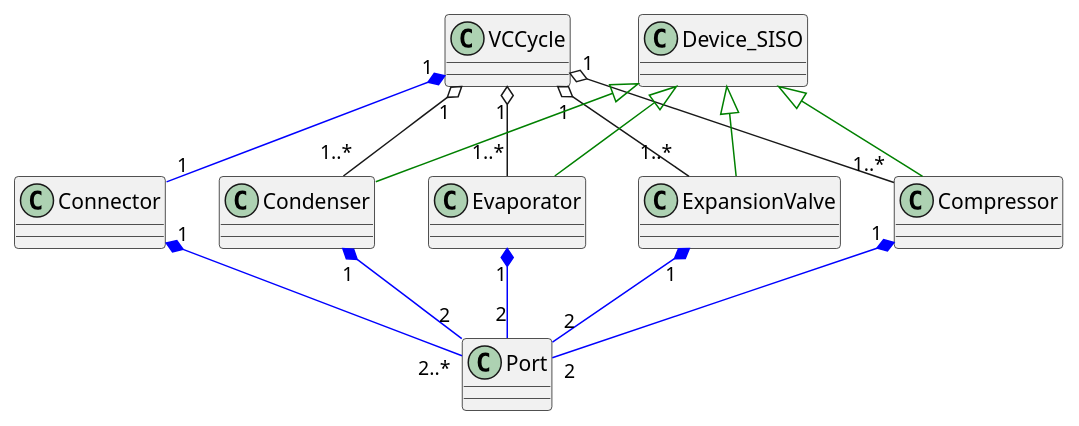
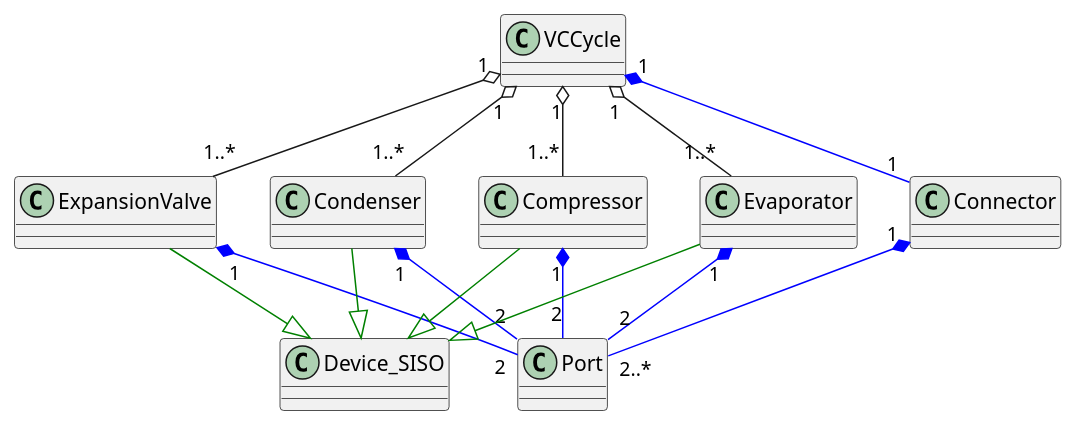
The sixth of 7 diagrams in doc/PlantUML_Class_VCCE.md (thermalogic/SimVCCE), drawn with PlantUML before and after one commit. The commit also changed 6 other files, not shown here.

Commit message:
update diagrams

````diff
--- a/doc/PlantUML_Class_VCCE.md
+++ b/doc/PlantUML_Class_VCCE.md
@@ -184,18 +184,18 @@
 ```puml
 VCCycle "1" *-[#blue]- "1" Connector 
 VCCycle "1" o-- "1..*" Compressor 
 VCCycle "1" o-- "1..*" Condenser
+VCCycle "1" o-- "1..*" ExpansionValve
 VCCycle "1" o-- "1..*" Evaporator
-VCCycle "1" o-- "1..*" ExpansionValve
 
 Connector "1" *-[#blue]- "2..*" Port
 Compressor "1" *-[#blue]- "2" Port
+Condenser "1" *-[#blue]- "2" Port
 ExpansionValve "1" *-[#blue]- "2" Port
 Evaporator "1" *-[#blue]- "2" Port
-Condenser "1" *-[#blue]- "2" Port
 
-Device_SISO <|-[#green]- Compressor   
-Device_SISO <|-[#green]- Condenser    
-Device_SISO <|-[#green]-  Evaporator  
-Device_SISO <|-[#green]-ExpansionValve    
+Device_SISO <|-up[#green]- Compressor   
+Device_SISO <|-up[#green]- Condenser    
+Device_SISO <|-up[#green]-ExpansionValve    
+Device_SISO <|-up[#green]- Evaporator  
 ```
````
